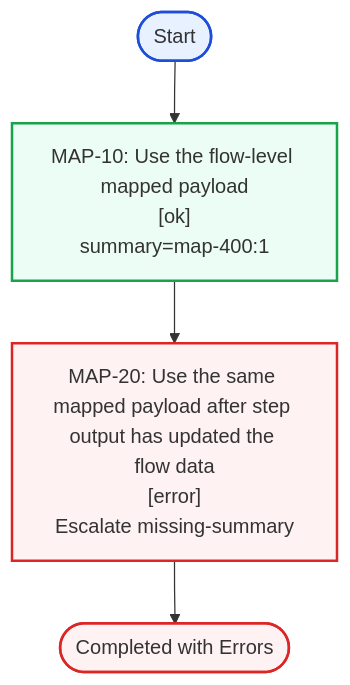
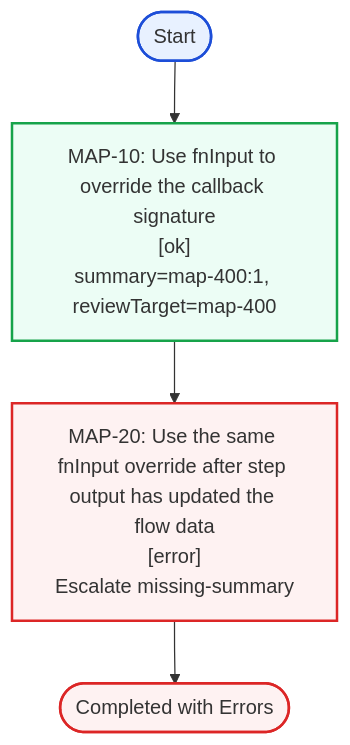
The eighth of 10 diagrams in README.md (mikko-apo/structured-flow), drawn with Mermaid before and after one commit. The commit also changed other lines of this file and 8 other files, not shown here.

````diff
--- a/README.md
+++ b/README.md
@@ -690,24 +715,24 @@
 ```mermaid
 flowchart TD
   start([Start])
-  step_0["MAP-10: Use the flow-level mapped payload
+  step_0["MAP-10: Use fnInput to override the callback signature
 [ok]
-summary=map-400:1"]
+summary=map-400:1, reviewTarget=map-400"]
   step_0 --> step_1
-  step_1["MAP-20: Use the same mapped payload after step output has updated the flow data
+  step_1["MAP-20: Use the same fnInput override after step output has updated the flow data
 [error]
 Escalate missing-summary"]
   step_1 --> done
   done([Completed with Errors])
   start --> step_0
   classDef executed fill:#e8f1ff,stroke:#1d4ed8,stroke-width:2px
   classDef success fill:#ecfdf5,stroke:#16a34a,stroke-width:2px
   classDef complete fill:#f0fdf4,stroke:#15803d,stroke-width:2px
   classDef failure fill:#fef2f2,stroke:#dc2626,stroke-width:2px
   classDef neutral fill:#f8fafc,stroke:#94a3b8,stroke-dasharray: 4 2
   classDef join fill:#f8fafc,stroke:#94a3b8,stroke-width:1px,color:#475569
   class step_0 success
   class step_1 failure
   class start executed
   class done failure
 ```
````
